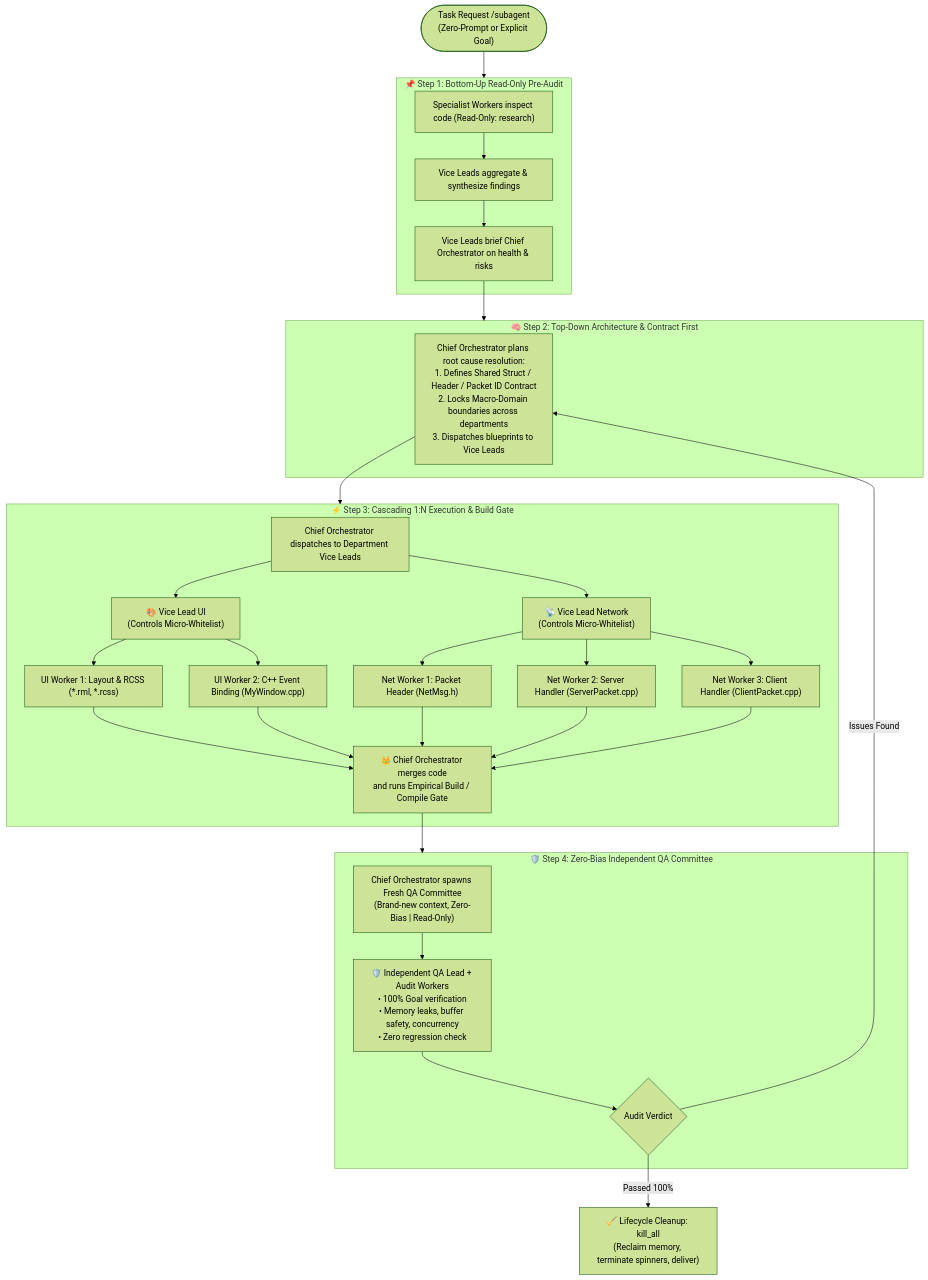
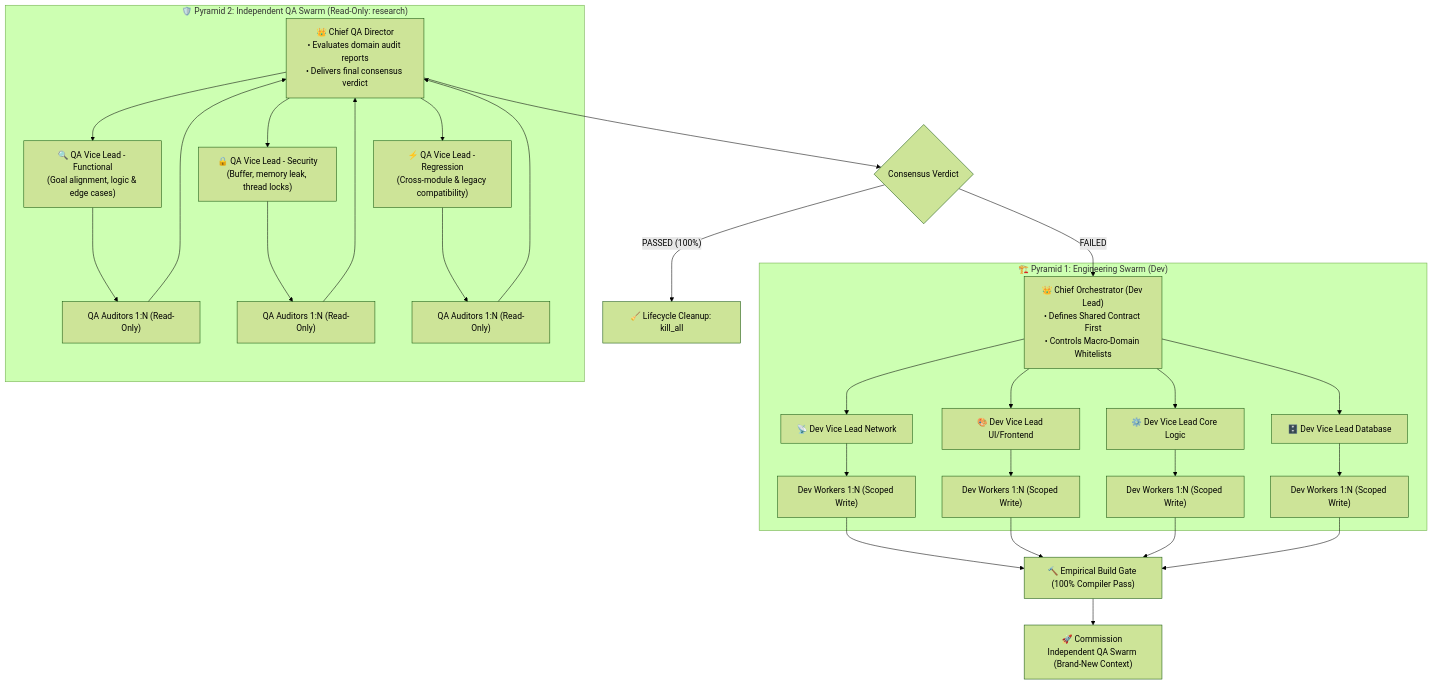
The diagram in README.md (skszone01/antigravity-skills), drawn with Mermaid (forest theme) before and after one commit. The commit also changed other lines of this file and 1 other file, not shown here.

Commit message:
feat(subagent): upgrade to Symmetric Dual-Pyramid architecture (Dev Swarm vs Independent QA Swarm)

````diff
--- a/README.md
+++ b/README.md
@@ -27,48 +27,37 @@
 ```mermaid
 flowchart TD
-    User(["Task Request /subagent<br>(Zero-Prompt or Explicit Goal)"]) --> Step1
+    subgraph PyramidA ["🏗️ Pyramid 1: Engineering Swarm (Dev)"]
+        LeadDev["👑 Chief Orchestrator (Dev Lead)<br>• Defines Shared Contract First<br>• Controls Macro-Domain Whitelists"]
+        
+        LeadDev --> ViceDevNet["📡 Dev Vice Lead Network"]
+        LeadDev --> ViceDevUI["🎨 Dev Vice Lead UI/Frontend"]
+        LeadDev --> ViceDevLogic["⚙️ Dev Vice Lead Core Logic"]
+        LeadDev --> ViceDevDB["🗄️ Dev Vice Lead Database"]
 
-    %% STEP 1: PRE-AUDIT
-    subgraph Step1 ["📌 Step 1: Bottom-Up Read-Only Pre-Audit"]
-        Inspect["Specialist Workers inspect code (Read-Only: research)"]
-        Inspect --> ViceFilter["Vice Leads aggregate & synthesize findings"]
-        ViceFilter --> ChiefBrief["Vice Leads brief Chief Orchestrator on health & risks"]
+        ViceDevNet --> W_Dev1["Dev Workers 1:N (Scoped Write)"]
+        ViceDevUI --> W_Dev2["Dev Workers 1:N (Scoped Write)"]
+        ViceDevLogic --> W_Dev3["Dev Workers 1:N (Scoped Write)"]
+        ViceDevDB --> W_Dev4["Dev Workers 1:N (Scoped Write)"]
     end
 
-    ChiefBrief --> Step2
+    W_Dev1 & W_Dev2 & W_Dev3 & W_Dev4 --> BuildGate["🔨 Empirical Build Gate (100% Compiler Pass)"]
 
-    %% STEP 2: PLANNING
-    subgraph Step2 ["🧠 Step 2: Top-Down Architecture & Contract First"]
-        Planning["Chief Orchestrator plans root cause resolution:<br>1. Defines Shared Struct / Header / Packet ID Contract<br>2. Locks Macro-Domain boundaries across departments<br>3. Dispatches blueprints to Vice Leads"]
+    BuildGate --> SpawnQAPyramid["🚀 Commission Independent QA Swarm (Brand-New Context)"]
+
+    subgraph PyramidB ["🛡️ Pyramid 2: Independent QA Swarm (Read-Only: research)"]
+        ChiefQA["👑 Chief QA Director<br>• Evaluates domain audit reports<br>• Delivers final consensus verdict"]
+        
+        ChiefQA --> ViceQAFunc["🔍 QA Vice Lead - Functional<br>(Goal alignment, logic & edge cases)"]
+        ChiefQA --> ViceQASec["🔒 QA Vice Lead - Security<br>(Buffer, memory leak, thread locks)"]
+        ChiefQA --> ViceQAReg["⚡ QA Vice Lead - Regression<br>(Cross-module & legacy compatibility)"]
+
+        ViceQAFunc --> W_QA1["QA Auditors 1:N (Read-Only)"]
+        ViceQASec --> W_QA2["QA Auditors 1:N (Read-Only)"]
+        ViceQAReg --> W_QA3["QA Auditors 1:N (Read-Only)"]
     end
 
-    Planning --> Step3
-
-    %% STEP 3: EXECUTION
-    subgraph Step3 ["⚡ Step 3: Cascading 1:N Execution & Build Gate"]
-        Distribute["Chief Orchestrator dispatches to Department Vice Leads"]
-        
-        Distribute --> ViceUI["🎨 Vice Lead UI<br>(Controls Micro-Whitelist)"]
-        ViceUI --> W_UI1["UI Worker 1: Layout & RCSS (*.rml, *.rcss)"]
-        ViceUI --> W_UI2["UI Worker 2: C++ Event Binding (MyWindow.cpp)"]
-        
-        Distribute --> ViceNet["📡 Vice Lead Network<br>(Controls Micro-Whitelist)"]
-        ViceNet --> W_Net1["Net Worker 1: Packet Header (NetMsg.h)"]
-        ViceNet --> W_Net2["Net Worker 2: Server Handler (ServerPacket.cpp)"]
-        ViceNet --> W_Net3["Net Worker 3: Client Handler (ClientPacket.cpp)"]
-
-        W_UI1 & W_UI2 & W_Net1 & W_Net2 & W_Net3 --> Integration["👑 Chief Orchestrator merges code<br>and runs Empirical Build / Compile Gate"]
-    end
-
-    Integration --> Step4
-
-    %% STEP 4: FRESH AUDIT
-    subgraph Step4 ["🛡️ Step 4: Zero-Bias Independent QA Committee"]
-        SpawnFresh["Chief Orchestrator spawns Fresh QA Committee<br>(Brand-new context, Zero-Bias | Read-Only)"]
-        SpawnFresh --> QA_Team["🛡️ Independent QA Lead + Audit Workers<br>• 100% Goal verification<br>• Memory leaks, buffer safety, concurrency<br>• Zero regression check"]
-        QA_Team --> QADecision{"Audit Verdict"}
-    end
-
-    QADecision -- "Passed 100%" --> Cleanup["🧹 Lifecycle Cleanup: kill_all<br>(Reclaim memory, terminate spinners, deliver)"]
-    QADecision -- "Issues Found" --> Planning
+    W_QA1 & W_QA2 & W_QA3 --> ChiefQA
+    ChiefQA --> Verdict{"Consensus Verdict"}
+    Verdict -- "PASSED (100%)" --> Clean["🧹 Lifecycle Cleanup: kill_all"]
+    Verdict -- "FAILED" --> LeadDev
 ```
````
